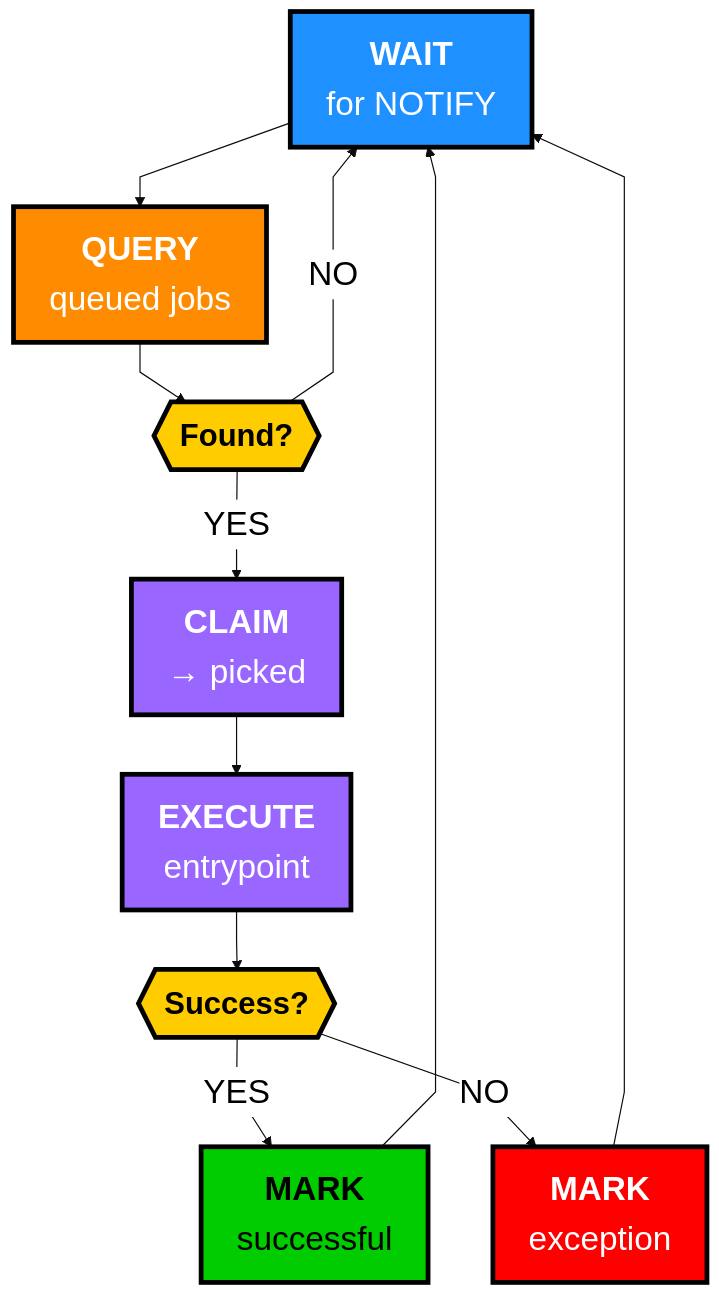
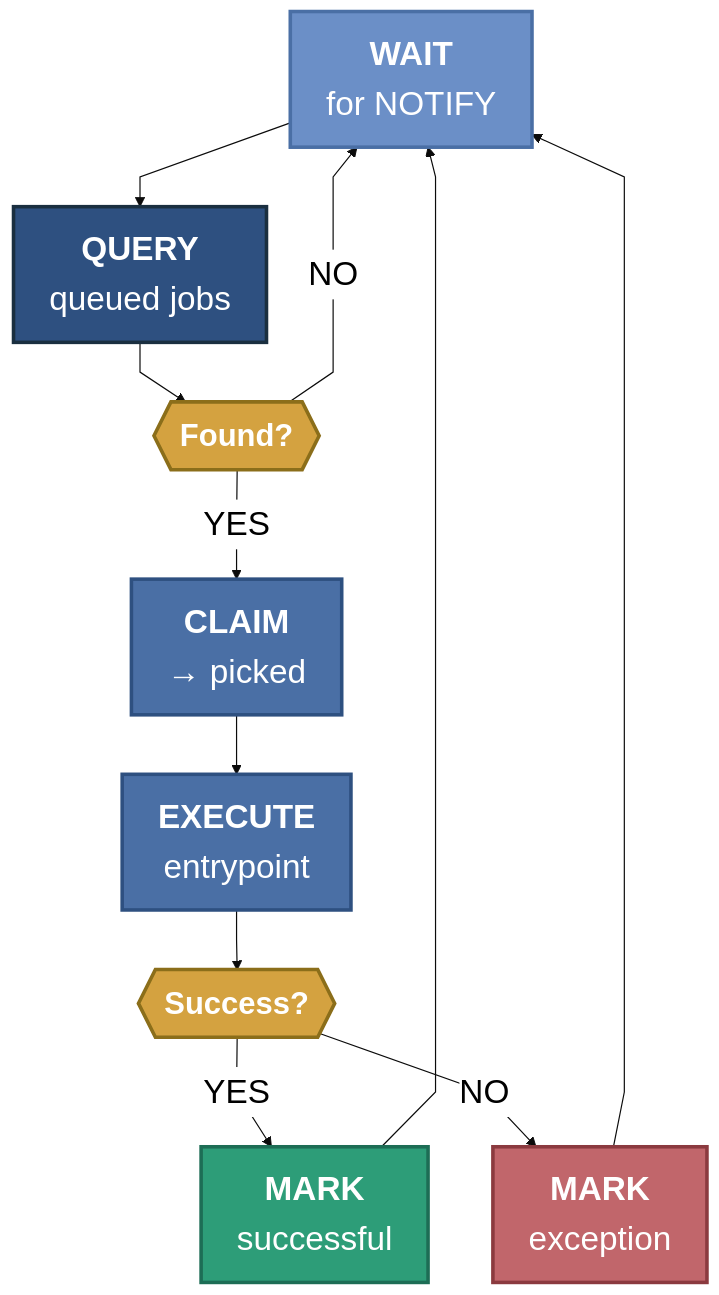
One commit to janbjorge/pgqueuer changed the second of 3 diagrams in docs/reference/architecture.md. Above: the diagram before and after it, drawn with Mermaid. The commit also changed other lines of this file and 2 other files, not shown here.

Commit message:
docs: fix diagram colors to match PgQueuer brand palette
Replaced jarring neon colors with cohesive, professional color scheme:
- Light slate blue (#6B8FC7) for queued/waiting states
- Brand blue (#4A6FA5) for picked/processing states
- Muted teal (#2D9D78) for successful states
- Muted burgundy (#C1666B) for exception/error states
- Muted amber (#D4A240) for canceled/decision states
- Dark blue (#2E5080) for database/terminal states

All colors now complement the PgQueuer brand identity and page design.
Text remains bold 24-28px for legibility.

````diff
--- a/docs/reference/architecture.md
+++ b/docs/reference/architecture.md
@@ -36,37 +36,37 @@
 ```mermaid
-%%{init: {'flowchart': {'htmlLabels': true, 'curve': 'linear'}, 'theme': 'base', 'themeVariables': {'primaryColor':'#fff', 'primaryTextColor':'#000', 'primaryBorderColor':'#000', 'fontSize': '28px', 'fontFamily': 'Arial, sans-serif'}}}%%
+%%{init: {'flowchart': {'htmlLabels': true, 'curve': 'linear'}, 'theme': 'base', 'themeVariables': {'primaryColor':'#fff', 'primaryTextColor':'#000', 'primaryBorderColor':'#000', 'fontSize': '28px', 'fontFamily': 'Inter, sans-serif'}}}%%
 flowchart TD
     A["<b style='font-size:28px'>WAIT</b><br/>for NOTIFY"]
     B["<b style='font-size:28px'>QUERY</b><br/>queued jobs"]
     C{{"<b style='font-size:26px'>Found?</b>"}}
     D["<b style='font-size:28px'>CLAIM</b><br/>→ picked"]
     E["<b style='font-size:28px'>EXECUTE</b><br/>entrypoint"]
     F{{"<b style='font-size:26px'>Success?</b>"}}
     G["<b style='font-size:28px'>MARK</b><br/>successful"]
     H["<b style='font-size:28px'>MARK</b><br/>exception"]
 
     A --> B
     B --> C
     C -->|"YES"| D
     C -->|"NO"| A
     D --> E
     E --> F
     F -->|"YES"| G
     F -->|"NO"| H
     G --> A
     H --> A
 
-    classDef wait fill:#1e90ff,stroke:#000,stroke-width:4px,color:#fff
-    classDef query fill:#ff8c00,stroke:#000,stroke-width:4px,color:#fff
-    classDef process fill:#9966ff,stroke:#000,stroke-width:4px,color:#fff
-    classDef success fill:#00cc00,stroke:#000,stroke-width:4px,color:#000
-    classDef error fill:#ff0000,stroke:#000,stroke-width:4px,color:#fff
-    classDef decision fill:#ffcc00,stroke:#000,stroke-width:4px,color:#000
+    classDef wait fill:#6B8FC7,stroke:#4A6FA5,stroke-width:3px,color:#fff
+    classDef query fill:#2E5080,stroke:#1a2f40,stroke-width:3px,color:#fff
+    classDef process fill:#4A6FA5,stroke:#2E5080,stroke-width:3px,color:#fff
+    classDef success fill:#2D9D78,stroke:#1d6d55,stroke-width:3px,color:#fff
+    classDef error fill:#C1666B,stroke:#8b3a3f,stroke-width:3px,color:#fff
+    classDef decision fill:#D4A240,stroke:#8b6e1a,stroke-width:3px,color:#fff
 
     class A wait
     class B query
     class C,F decision
     class D,E process
     class G success
     class H error
 ```
````
